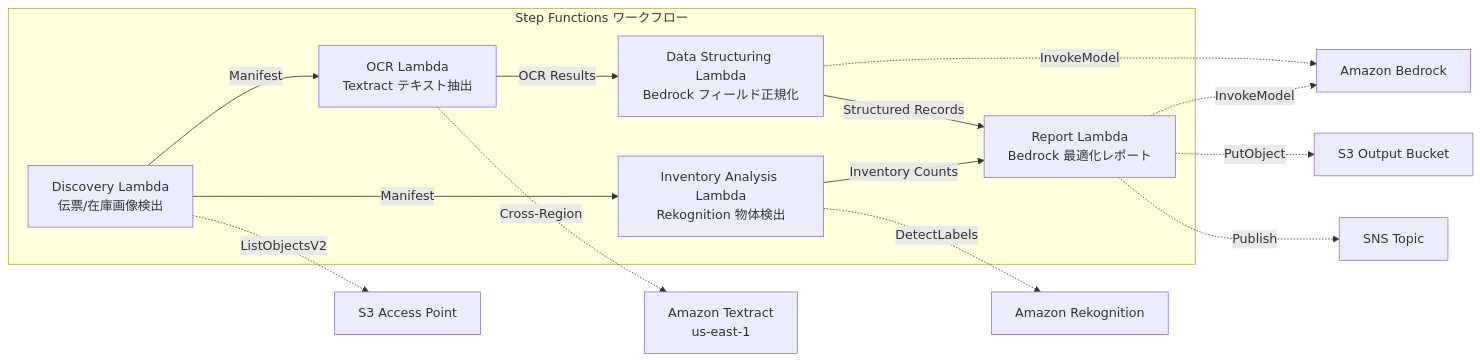
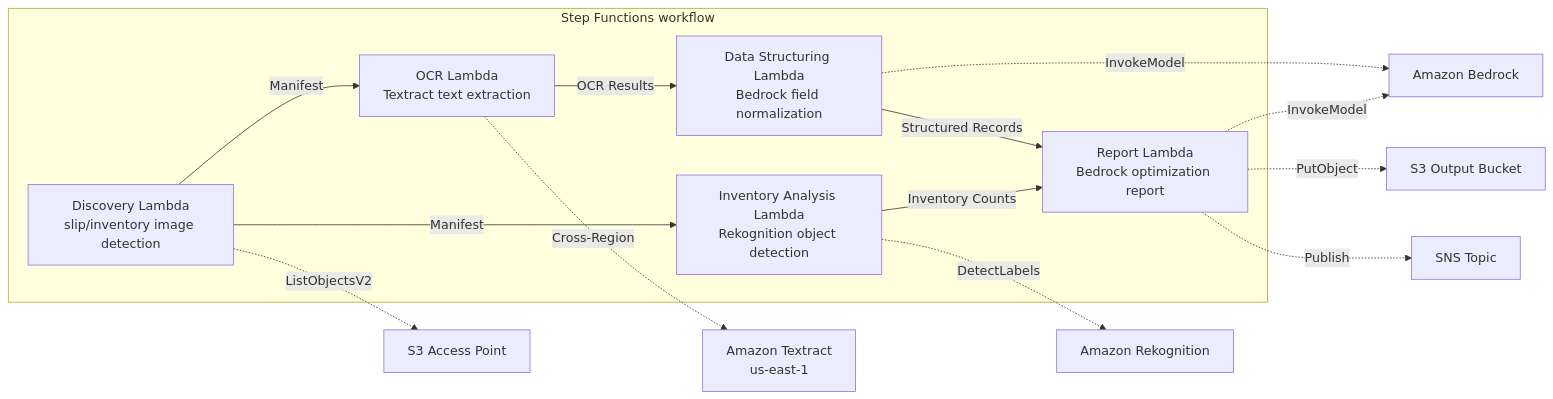
The diagram in solutions/industry/logistics-ocr/README.en.md (Yoshiki0705/FSx-for-ONTAP-S3AccessPoints-Serverless-Patterns), drawn with Mermaid before and after one commit. The commit also changed other lines of this file and 15 other files, not shown here.

````diff
--- a/solutions/industry/logistics-ocr/README.en.md
+++ b/solutions/industry/logistics-ocr/README.en.md
@@ -29,24 +48,24 @@
 ```mermaid
 graph LR
-    subgraph "Step Functions ワークフロー"
-        D[Discovery Lambda<br/>伝票/在庫画像検出]
-        OCR[OCR Lambda<br/>Textract テキスト抽出]
-        DS[Data Structuring Lambda<br/>Bedrock フィールド正規化]
-        IA[Inventory Analysis Lambda<br/>Rekognition 物体検出]
-        RPT[Report Lambda<br/>Bedrock 最適化レポート]
+    subgraph "Step Functions workflow"
+        D[Discovery Lambda<br/>slip/inventory image detection]
+        OCR[OCR Lambda<br/>Textract text extraction]
+        DS[Data Structuring Lambda<br/>Bedrock field normalization]
+        IA[Inventory Analysis Lambda<br/>Rekognition object detection]
+        RPT[Report Lambda<br/>Bedrock optimization report]
     end
 
     D -->|Manifest| OCR
     D -->|Manifest| IA
     OCR -->|OCR Results| DS
     DS -->|Structured Records| RPT
     IA -->|Inventory Counts| RPT
 
     D -.->|ListObjectsV2| S3AP[S3 Access Point]
     OCR -.->|Cross-Region| Textract[Amazon Textract<br/>us-east-1]
     DS -.->|InvokeModel| Bedrock[Amazon Bedrock]
     IA -.->|DetectLabels| Rekog[Amazon Rekognition]
     RPT -.->|InvokeModel| Bedrock
     RPT -.->|PutObject| S3OUT[S3 Output Bucket]
     RPT -.->|Publish| SNS[SNS Topic]
 ```
````
